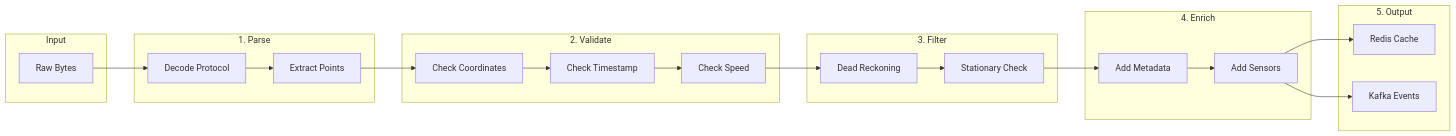
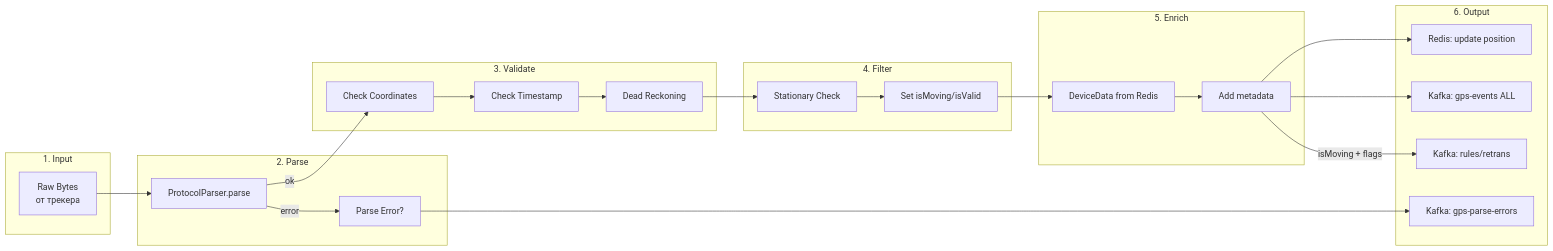
The ninth of 11 diagrams in docs/services/CONNECTION_MANAGER.md (revarewerd/wayrecall-tracker-system), drawn with Mermaid before and after one commit. The commit also changed other lines of this file and 606 other files, not shown here.

````diff
--- a/docs/services/CONNECTION_MANAGER.md
+++ b/docs/services/CONNECTION_MANAGER.md
@@ -439,38 +495,44 @@
 ```mermaid
 flowchart LR
-    subgraph Input
-        Raw[Raw Bytes]
+    subgraph Input["1. Input"]
+        Raw[Raw Bytes<br/>от трекера]
     end
 
-    subgraph Parse["1. Parse"]
-        P1[Decode Protocol]
-        P2[Extract Points]
+    subgraph Parse["2. Parse"]
+        P1[ProtocolParser.parse]
+        PE[Parse Error?]
     end
 
-    subgraph Validate["2. Validate"]
+    subgraph Validate["3. Validate"]
         V1[Check Coordinates]
         V2[Check Timestamp]
-        V3[Check Speed]
+        V3[Dead Reckoning]
     end
 
-    subgraph Filter["3. Filter"]
-        F1[Dead Reckoning]
-        F2[Stationary Check]
+    subgraph Filter["4. Filter"]
+        F1[Stationary Check]
+        F2[Set isMoving/isValid]
     end
 
-    subgraph Enrich["4. Enrich"]
-        E1[Add Metadata]
-        E2[Add Sensors]
+    subgraph Enrich["5. Enrich"]
+        E1[DeviceData from Redis]
+        E2[Add metadata]
     end
 
-    subgraph Output["5. Output"]
-        O1[Redis Cache]
-        O2[Kafka Events]
+    subgraph Output["6. Output"]
+        O1[Redis: update position]
+        O2[Kafka: gps-events ALL]
+        O3[Kafka: rules/retrans]
+        O4[Kafka: gps-parse-errors]
     end
 
-    Raw --> P1 --> P2
-    P2 --> V1 --> V2 --> V3
+    Raw --> P1
+    P1 -->|ok| V1
+    P1 -->|error| PE --> O4
+    V1 --> V2 --> V3
     V3 --> F1 --> F2
     F2 --> E1 --> E2
-    E2 --> O1 & O2
+    E2 --> O1
+    E2 --> O2
+    E2 -->|isMoving + flags| O3
 ```
````
